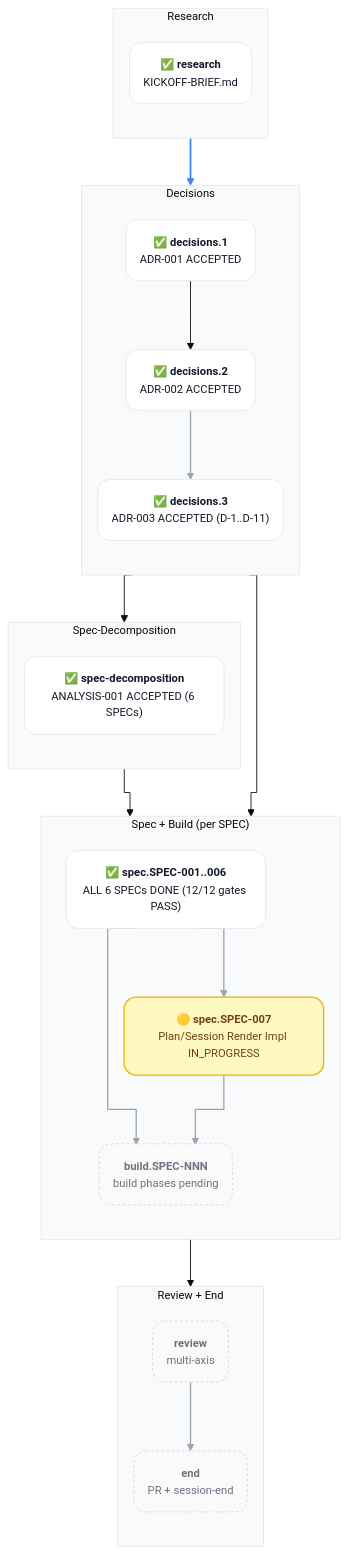
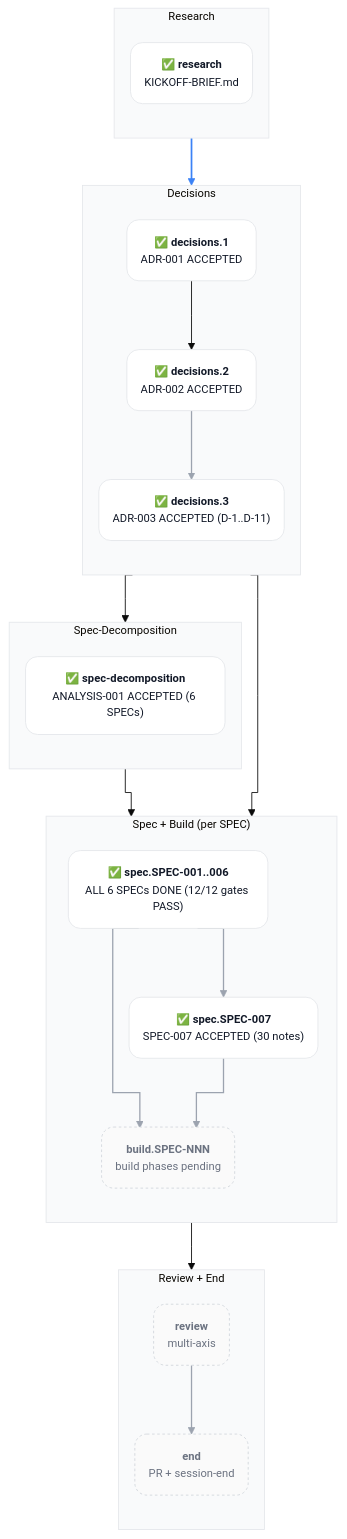
Before and after one commit to acmelabs-15/skills: the first of 11 diagrams in docs/planning/PLAN-001-skills-ecosystem.md, drawn with Mermaid. The commit also changed other lines of this file and 35 other files, not shown here.

````diff
--- a/docs/planning/PLAN-001-skills-ecosystem.md
+++ b/docs/planning/PLAN-001-skills-ecosystem.md
@@ -82,58 +82,58 @@
 ```mermaid
 %%{init: {'theme':'base','flowchart':{'curve':'stepAfter','nodeSpacing':18,'rankSpacing':55,'padding':16,'diagramPadding':20,'htmlLabels':true},'themeVariables':{'fontFamily':'-apple-system, BlinkMacSystemFont, system-ui, sans-serif','fontSize':'13px','clusterBkg':'#f9fafb','clusterBorder':'#e5e7eb'},'themeCSS':'.edgePath path, .flowchart-link { stroke-linejoin: round !important; stroke-linecap: round !important; } .cluster-label .nodeLabel { font-family: ui-monospace, SFMono-Regular, Menlo, monospace !important; font-size: 11px !important; font-weight: 600 !important; letter-spacing: 0.1em !important; text-transform: uppercase !important; color: #6b7280 !important; }'}}%%
 graph TD
 
   classDef done fill:#ffffff,stroke:#e5e7eb,stroke-width:1px,color:#111827,rx:14,ry:14
   classDef pending fill:#fafafa,stroke:#d1d5db,stroke-width:1px,color:#6b7280,stroke-dasharray:3 3,rx:14,ry:14
 
   subgraph R ["Research"]
     direction TB
     research("✅ <b>research</b><br/><span style='color:#6b7280;font-size:11px'>KICKOFF-BRIEF.md</span>")
   end
 
   subgraph D ["Decisions"]
     direction TB
     d1("✅ <b>decisions.1</b><br/><span style='color:#6b7280;font-size:11px'>ADR-001 ACCEPTED</span>")
     d2("✅ <b>decisions.2</b><br/><span style='color:#6b7280;font-size:11px'>ADR-002 ACCEPTED</span>")
     d3("✅ <b>decisions.3</b><br/><span style='color:#6b7280;font-size:11px'>ADR-003 ACCEPTED (D-1..D-11)</span>")
     d2 --> d3
   end
 
   subgraph S ["Spec-Decomposition"]
     direction TB
     sd("✅ <b>spec-decomposition</b><br/><span style='color:#6b7280;font-size:11px'>ANALYSIS-001 ACCEPTED (6 SPECs)</span>")
   end
 
   subgraph SB ["Spec + Build (per SPEC)"]
     direction TB
     spec_n("✅ <b>spec.SPEC-001..006</b><br/><span style='color:#6b7280;font-size:11px'>ALL 6 SPECs DONE (12/12 gates PASS)</span>")
-    spec_007("🟡 <b>spec.SPEC-007</b><br/><span style='color:#6b7280;font-size:11px'>Plan/Session Render Impl IN_PROGRESS</span>")
+    spec_007("✅ <b>spec.SPEC-007</b><br/><span style='color:#6b7280;font-size:11px'>SPEC-007 ACCEPTED (30 notes)</span>")
     build_n("<b>build.SPEC-NNN</b><br/><span style='color:#6b7280;font-size:11px'>build phases pending</span>")
     spec_n --> spec_007
     spec_n --> build_n
     spec_007 --> build_n
   end
 
   subgraph RE ["Review + End"]
     direction TB
     review("<b>review</b><br/><span style='color:#6b7280;font-size:11px'>multi-axis</span>")
     fin("<b>end</b><br/><span style='color:#6b7280;font-size:11px'>PR + session-end</span>")
     review --> fin
   end
 
   research --> d1
   d1 --> d2
   d2 --> sd
   sd --> spec_n
   d3 --> spec_007
   build_n --> review
 
   class research,d1,d2,sd,spec_n done
   class d3 done
-  class spec_007 inprogress
+  class spec_007 done
   class build_n,review,fin pending
   classDef inprogress fill:#fef9c3,stroke:#eab308,stroke-width:1.5px,color:#713f12,rx:14,ry:14
 
   linkStyle 0,1,2,3,4 stroke:#9ca3af,stroke-width:1.5px
   linkStyle 5 stroke:#3b82f6,stroke-width:2px
 ```
````
